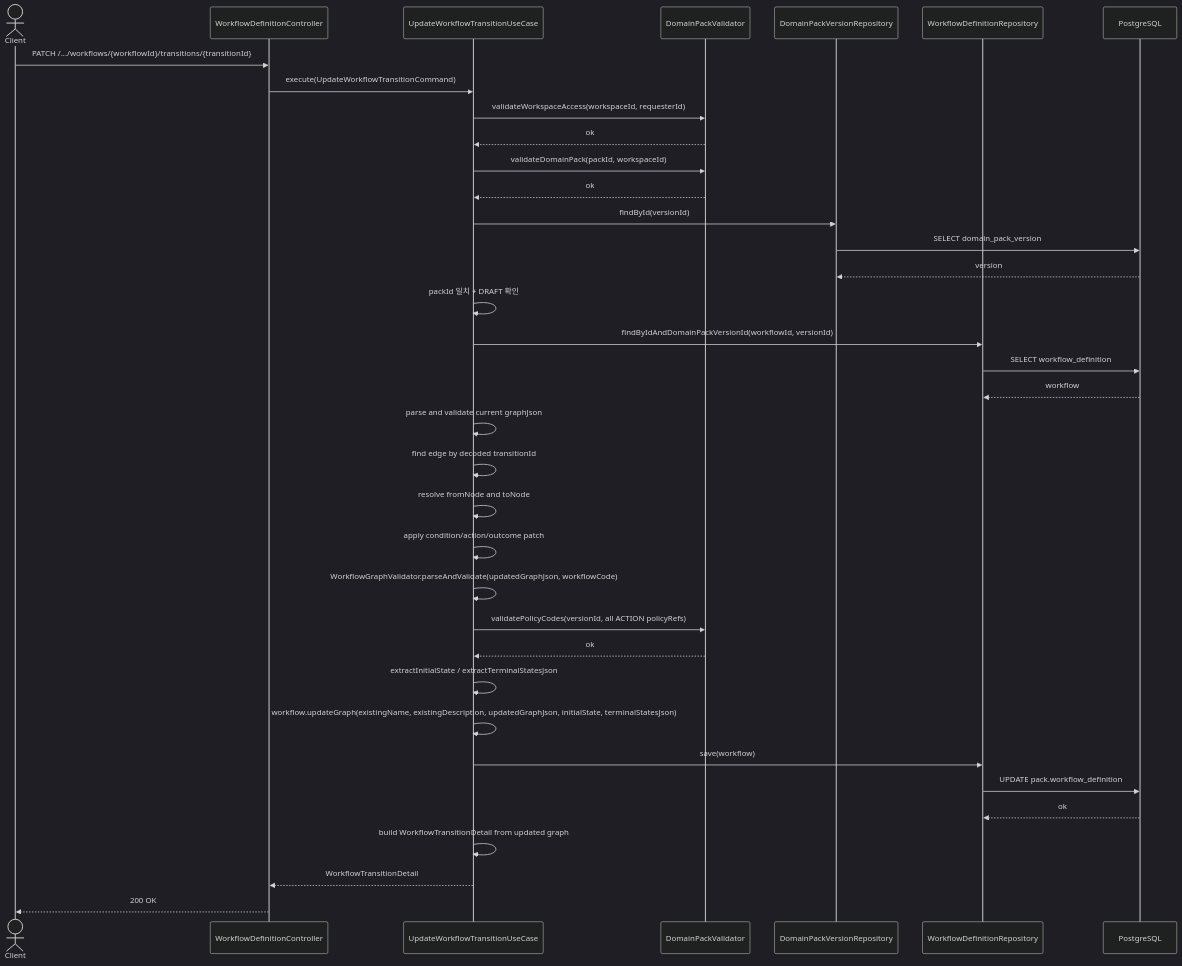
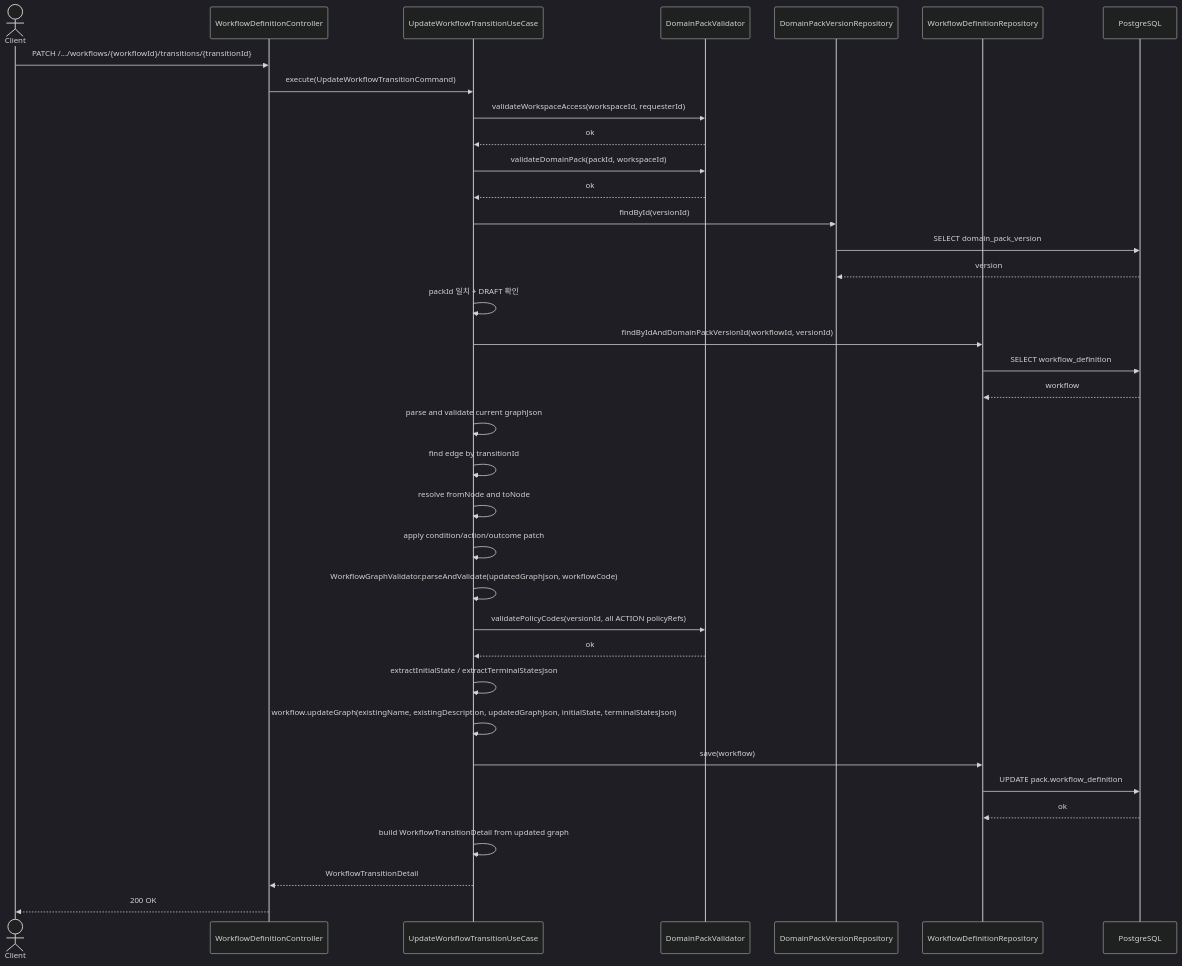
One commit to ajou-2026-1-capstone-5/ostone changed the diagram in .agent/specs/3210.md. Above: the diagram before and after it, drawn with Mermaid (dark theme). The commit also changed other lines of this file and 2 other files, not shown here.

Commit message:
docs(domain-pack): align workflow transition spec semantics

````diff
--- a/.agent/specs/3210.md
+++ b/.agent/specs/3210.md
@@ -272,39 +273,39 @@
 ```mermaid
 sequenceDiagram
     actor c as Client
     participant ctrl as WorkflowDefinitionController
     participant uc as UpdateWorkflowTransitionUseCase
     participant val as DomainPackValidator
     participant vr as DomainPackVersionRepository
     participant wr as WorkflowDefinitionRepository
     participant db as PostgreSQL
 
     c ->> ctrl: PATCH /.../workflows/{workflowId}/transitions/{transitionId}
     ctrl ->> uc: execute(UpdateWorkflowTransitionCommand)
     uc ->> val: validateWorkspaceAccess(workspaceId, requesterId)
     val -->> uc: ok
     uc ->> val: validateDomainPack(packId, workspaceId)
     val -->> uc: ok
     uc ->> vr: findById(versionId)
     vr ->> db: SELECT domain_pack_version
     db -->> vr: version
     uc ->> uc: packId 일치 + DRAFT 확인
     uc ->> wr: findByIdAndDomainPackVersionId(workflowId, versionId)
     wr ->> db: SELECT workflow_definition
     db -->> wr: workflow
     uc ->> uc: parse and validate current graphJson
-    uc ->> uc: find edge by decoded transitionId
+    uc ->> uc: find edge by transitionId
     uc ->> uc: resolve fromNode and toNode
     uc ->> uc: apply condition/action/outcome patch
     uc ->> uc: WorkflowGraphValidator.parseAndValidate(updatedGraphJson, workflowCode)
     uc ->> val: validatePolicyCodes(versionId, all ACTION policyRefs)
     val -->> uc: ok
     uc ->> uc: extractInitialState / extractTerminalStatesJson
     uc ->> uc: workflow.updateGraph(existingName, existingDescription, updatedGraphJson, initialState, terminalStatesJson)
     uc ->> wr: save(workflow)
     wr ->> db: UPDATE pack.workflow_definition
     db -->> wr: ok
     uc ->> uc: build WorkflowTransitionDetail from updated graph
     uc -->> ctrl: WorkflowTransitionDetail
     ctrl -->> c: 200 OK
 ```
````
